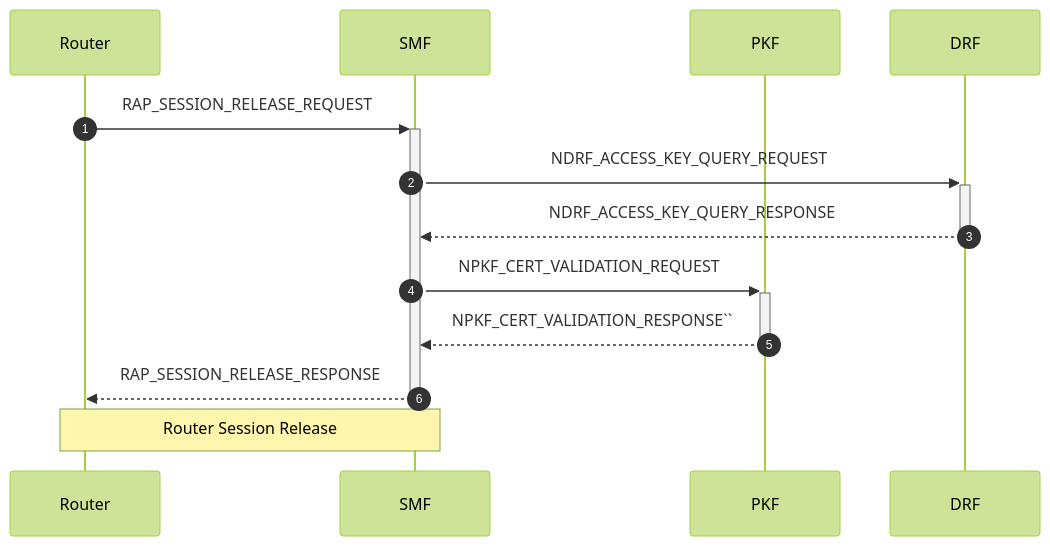
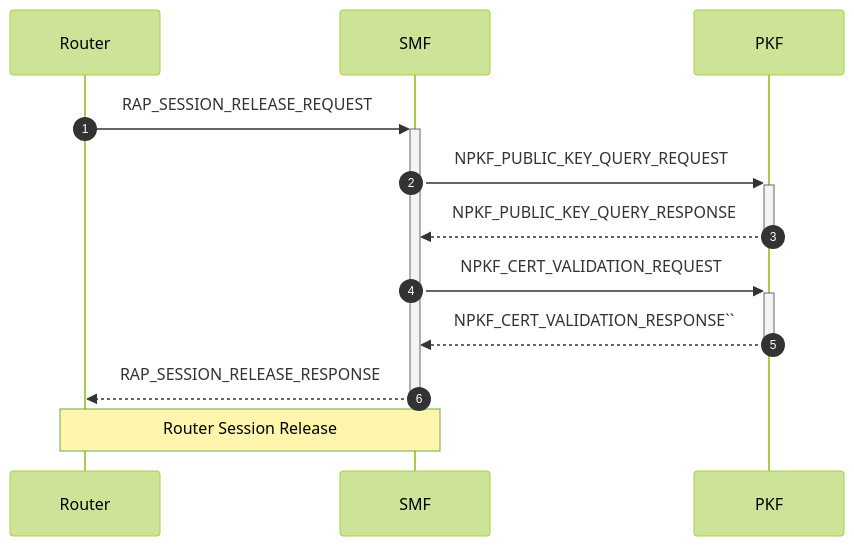
One commit to veil-link/veilink changed the tenth of 23 diagrams in doc/doc-spec/00-series-general/00.002-procedure.md. Above: the diagram before and after it, drawn with Mermaid (forest theme). The commit also changed other lines of this file and 2 other files, not shown here.

Commit message:
chore: remove access key with access public/private key

````diff
--- a/doc/doc-spec/00-series-general/00.002-procedure.md
+++ b/doc/doc-spec/00-series-general/00.002-procedure.md
@@ -229,18 +233,17 @@
 ```mermaid
 sequenceDiagram
     autonumber
 
     participant rt as Router
     participant smf as SMF
     participant pkf as PKF
-    participant drf as DRF
 
     rt ->>+ smf: RAP_SESSION_RELEASE_REQUEST
-    smf ->>+ drf: NDRF_ACCESS_KEY_QUERY_REQUEST
-    drf -->>- smf: NDRF_ACCESS_KEY_QUERY_RESPONSE
+    smf ->>+ pkf: NPKF_PUBLIC_KEY_QUERY_REQUEST
+    pkf -->>- smf: NPKF_PUBLIC_KEY_QUERY_RESPONSE
     smf ->>+ pkf: NPKF_CERT_VALIDATION_REQUEST
     pkf -->>- smf: NPKF_CERT_VALIDATION_RESPONSE``
     smf -->>- rt: RAP_SESSION_RELEASE_RESPONSE
 
     Note over rt, smf: Router Session Release
 ```
````
